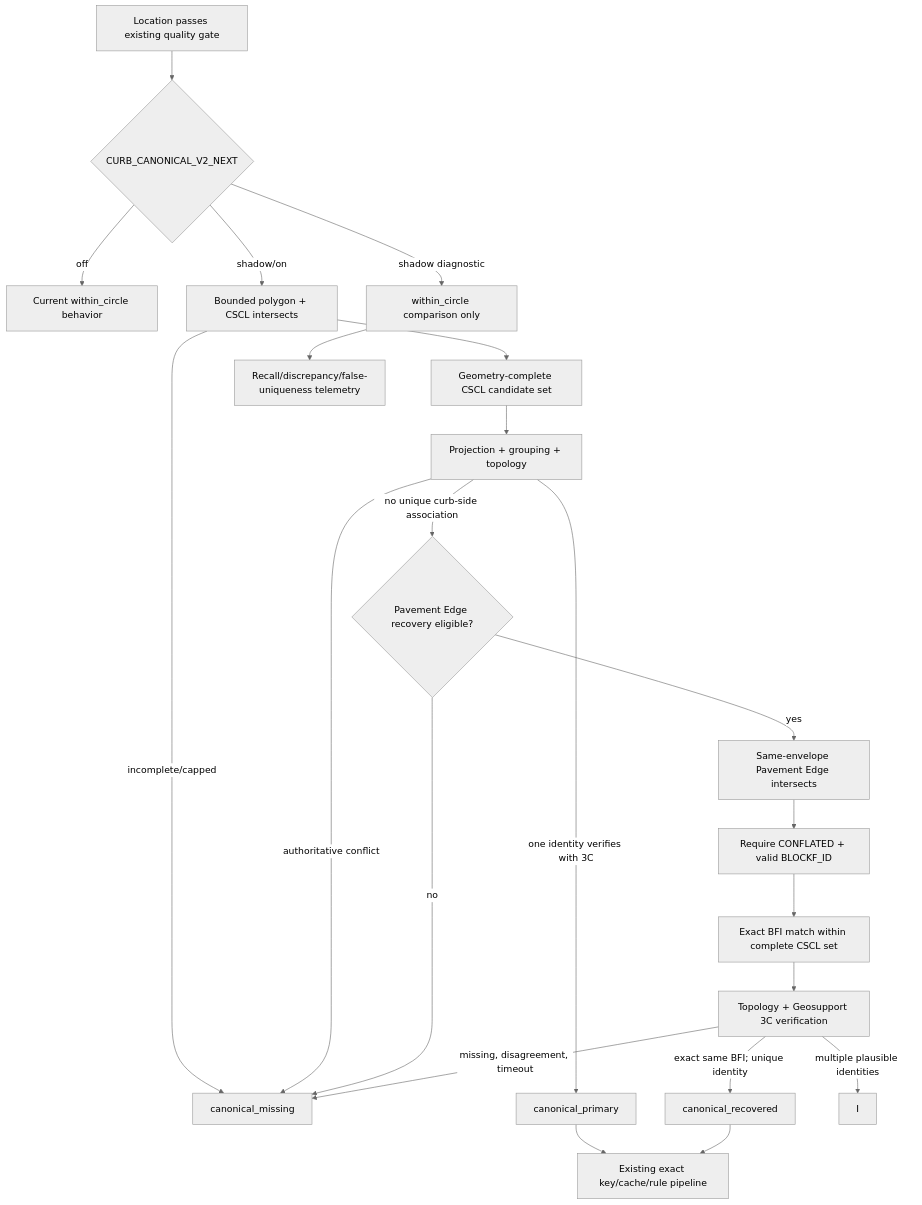
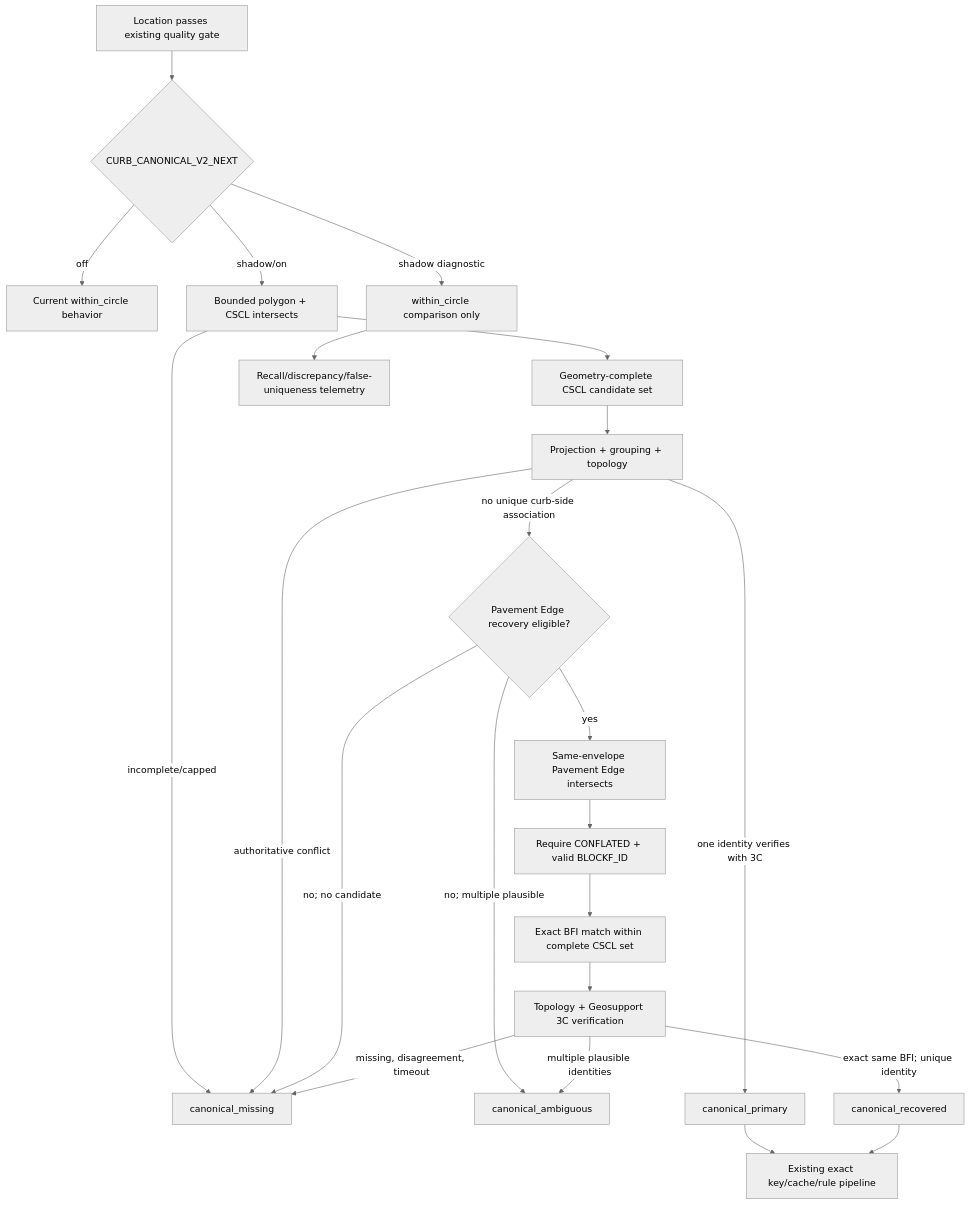
The second of 4 diagrams in docs/CANONICAL_CURB_RECOVERY_DESIGN.md (JuanCastroDev/ParQueen), drawn with Mermaid (neutral theme) before and after one commit. The commit also changed other lines of this file, not shown here.

````diff
--- a/docs/CANONICAL_CURB_RECOVERY_DESIGN.md
+++ b/docs/CANONICAL_CURB_RECOVERY_DESIGN.md
@@ -188,24 +185,26 @@
 ```mermaid
 flowchart TD
     A[Location passes existing quality gate] --> B{CURB_CANONICAL_V2_NEXT}
     B -->|off| C[Current within_circle behavior]
     B -->|shadow/on| D[Bounded polygon + CSCL intersects]
     D -->|incomplete/capped| E[canonical_missing]
     D --> F[Geometry-complete CSCL candidate set]
+    I[canonical_ambiguous]
     F --> G[Projection + grouping + topology]
     G -->|one identity verifies with 3C| H[canonical_primary]
     G -->|authoritative conflict| E
     G -->|no unique curb-side association| J{Pavement Edge recovery eligible?}
-    J -->|no| E
+    J -->|no; multiple plausible| I
+    J -->|no; no candidate| E
     J -->|yes| K[Same-envelope Pavement Edge intersects]
     K --> L[Require CONFLATED + valid BLOCKF_ID]
     L --> M[Exact BFI match within complete CSCL set]
     M --> N[Topology + Geosupport 3C verification]
     N -->|exact same BFI; unique identity| O[canonical_recovered]
     N -->|multiple plausible identities| I
     N -->|missing, disagreement, timeout| E
     H --> P[Existing exact key/cache/rule pipeline]
     O --> P
     B -->|shadow diagnostic| Q[within_circle comparison only]
     Q --> R[Recall/discrepancy/false-uniqueness telemetry]
 ```
````
